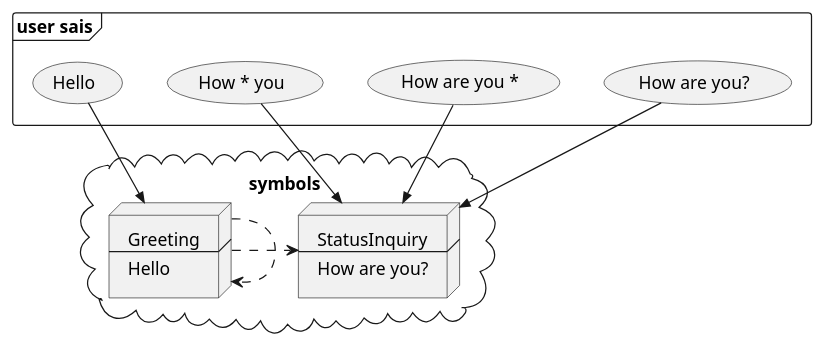
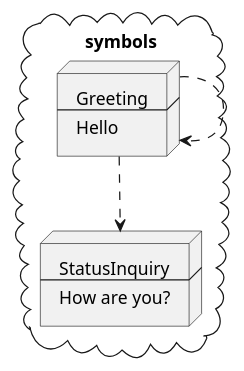
Before and after one commit to jappeace/methods-homework: diagram 26 of 26 in thesis/thesis.org, drawn with PlantUML. The commit also changed other lines of this file, not shown here.

```diff
--- a/thesis/thesis.org
+++ b/thesis/thesis.org
@@ -4283,30 +4304,18 @@
 #+BEGIN_SRC plantuml :cache yes :file img/uml/dep:connections.png :exports results
-frame "user sais"{
-  usecase "How are you?" as howq
-  usecase "How are you *" as how
-  usecase "How * you" as howstar
-  usecase Hello
-}
-
 cloud "symbols"{
   node Greeting [
     Greeting
     ----
     Hello
   ]
   node StatusInquiry[
     StatusInquiry
     ----
     How are you?
   ]
 }
 
 Greeting .> Greeting
-Greeting .> StatusInquiry
+Greeting ..> StatusInquiry
 
-how -->> StatusInquiry
-howq -->> StatusInquiry
-howstar -->> StatusInquiry
-Hello -->> Greeting
-  
 #+END_SRC
```
